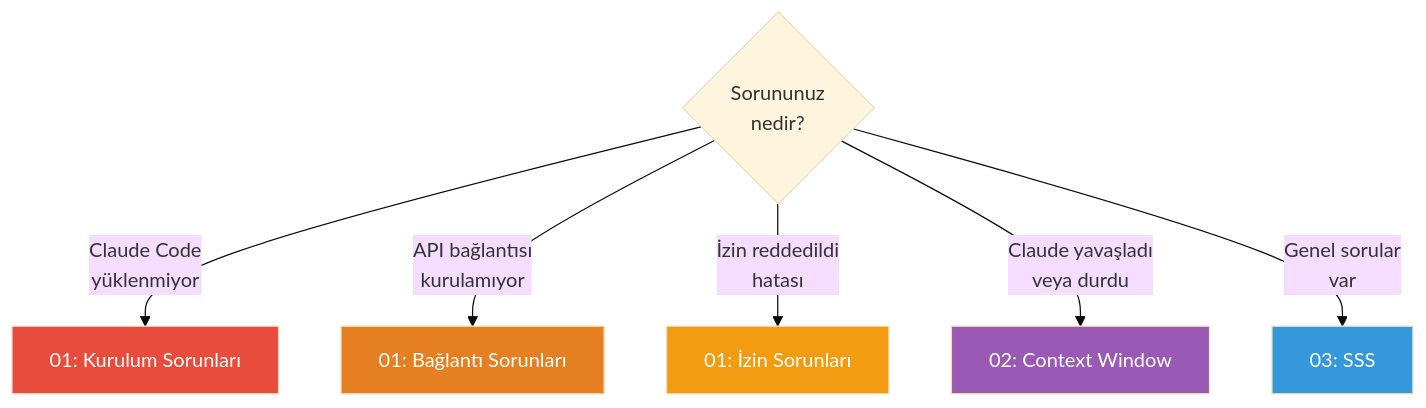
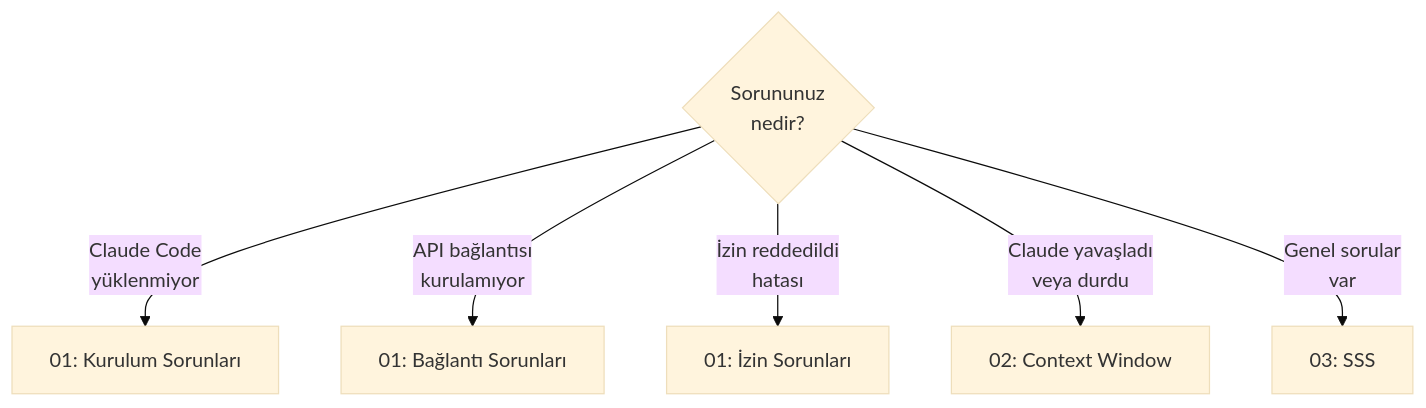
One commit to IzzetYasinAtes/ClaudeCodeHandbook changed the second of 2 diagrams in 21-sorun-giderme/README.md. Above: the diagram before and after it, drawn with Mermaid (base theme). The commit also changed 97 other files, not shown here.

Commit message:
Remove all custom Mermaid style/fill colors from 98 markdown files for consistent dark theme rendering

````diff
--- a/21-sorun-giderme/README.md
+++ b/21-sorun-giderme/README.md
@@ -33,16 +33,11 @@
 ```mermaid
 flowchart TD
     A{"Sorununuz<br/>nedir?"}
     
     A -->|"Claude Code<br/>yüklenmiyor"| B["01: Kurulum Sorunları"]
     A -->|"API bağlantısı<br/>kurulamıyor"| C["01: Bağlantı Sorunları"]
     A -->|"İzin reddedildi<br/>hatası"| D["01: İzin Sorunları"]
     A -->|"Claude yavaşladı<br/>veya durdu"| E["02: Context Window"]
     A -->|"Genel sorular<br/>var"| F["03: SSS"]
     
-    style B fill:#E74C3C,color:#fff
-    style C fill:#E67E22,color:#fff
-    style D fill:#F39C12,color:#fff
-    style E fill:#9B59B6,color:#fff
-    style F fill:#3498DB,color:#fff
 ```
````
